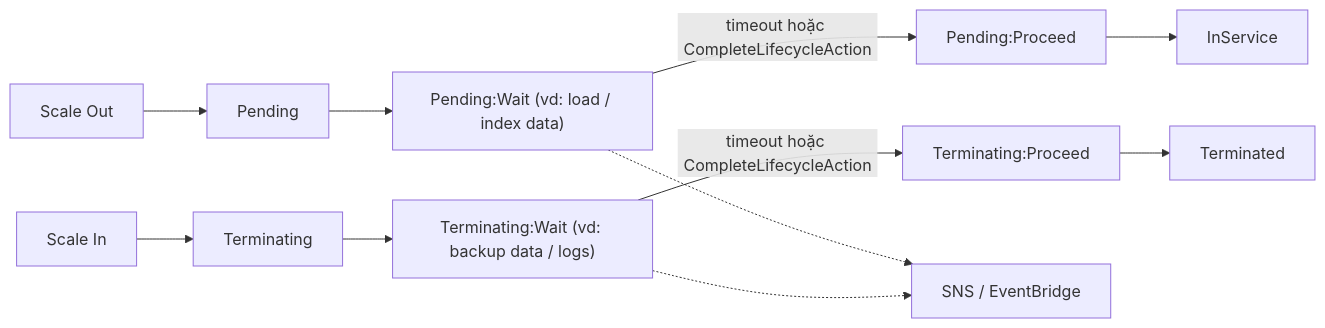
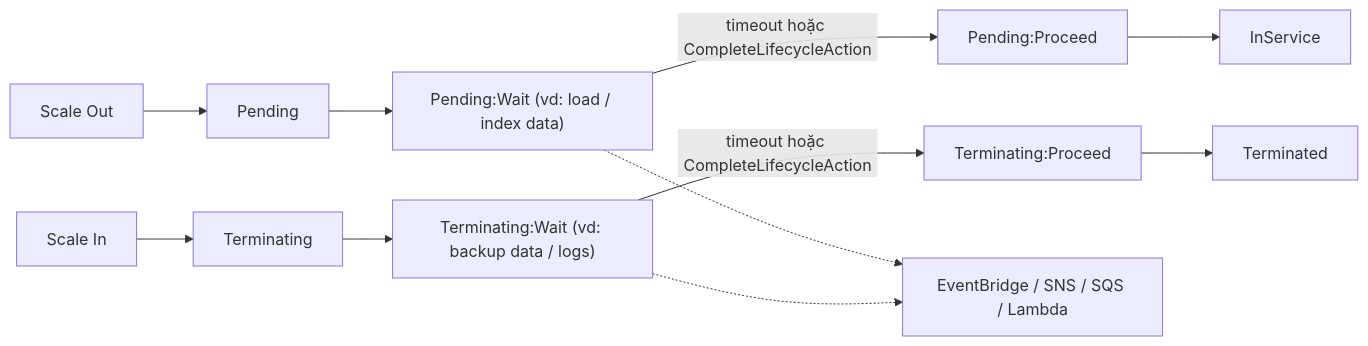
The diagram in data/13 HA and Scaling/ASG Lifecycle Hooks.md (hairbui76/aws-saa-c03), drawn with Mermaid before and after one commit. The commit also changed other lines of this file and 30 other files, not shown here.

````diff
--- a/data/13 HA and Scaling/ASG Lifecycle Hooks.md
+++ b/data/13 HA and Scaling/ASG Lifecycle Hooks.md
@@ -25,13 +27,13 @@
 ```mermaid
 flowchart LR
     SO["Scale Out"] --> P["Pending"]
     P --> PW["Pending:Wait (vd: load / index data)"]
     PW -->|"timeout hoặc CompleteLifecycleAction"| PP["Pending:Proceed"]
     PP --> IS["InService"]
     SI["Scale In"] --> T["Terminating"]
     T --> TW["Terminating:Wait (vd: backup data / logs)"]
     TW -->|"timeout hoặc CompleteLifecycleAction"| TP["Terminating:Proceed"]
     TP --> TD["Terminated"]
-    PW -.-> EV["SNS / EventBridge"]
+    PW -.-> EV["EventBridge / SNS / SQS / Lambda"]
     TW -.-> EV
 ```
````
